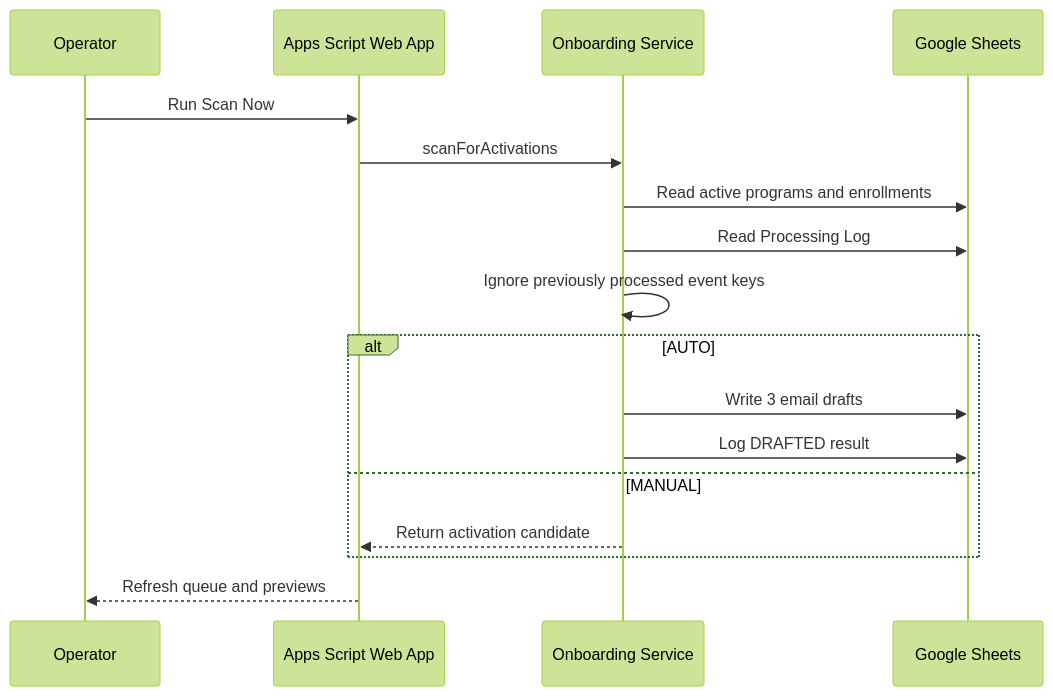
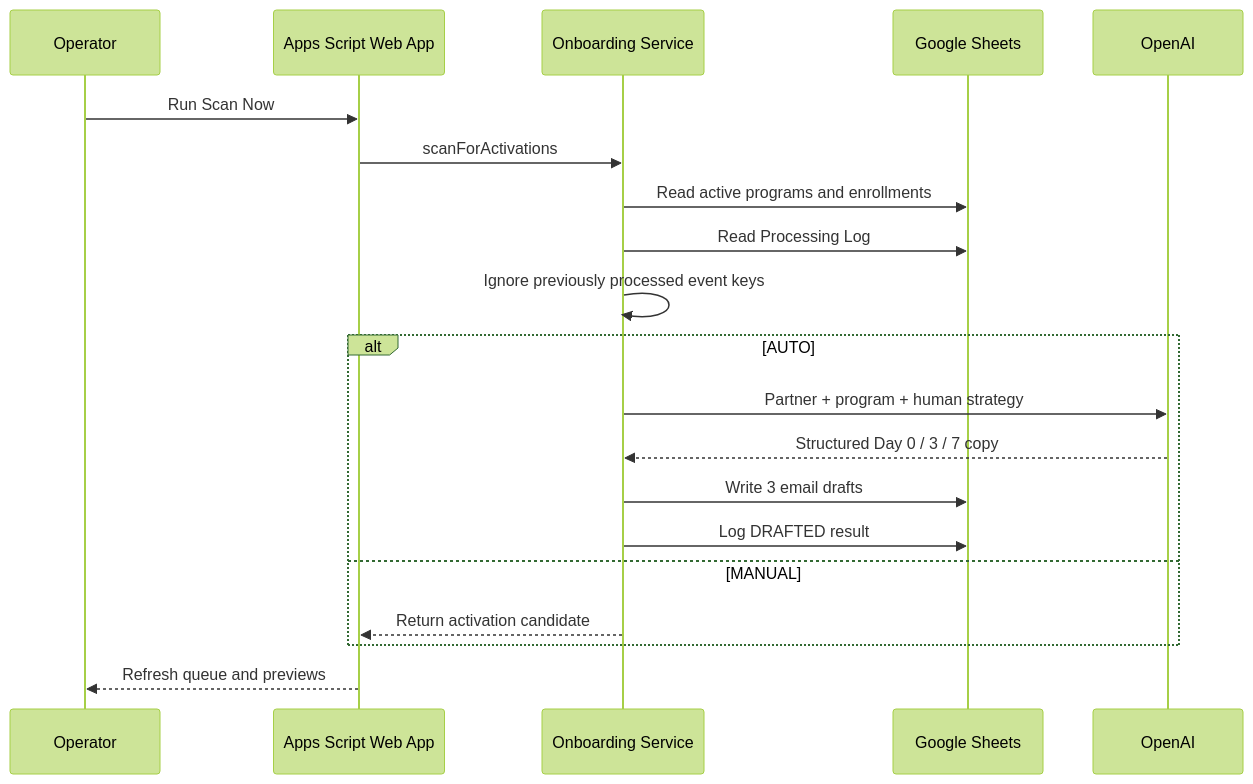
The diagram in docs/architecture.md (gxnevx/partner-onboarding-autopilot), drawn with Mermaid (forest theme) before and after one commit. The commit also changed other lines of this file and 12 other files, not shown here.

Commit message:
Add human-guided OpenAI email generation

````diff
--- a/docs/architecture.md
+++ b/docs/architecture.md
@@ -13,20 +13,23 @@
 ```mermaid
 sequenceDiagram
     participant Operator
     participant WebApp as Apps Script Web App
     participant Scanner as Onboarding Service
     participant Sheets as Google Sheets
+    participant OpenAI
 
     Operator->>WebApp: Run Scan Now
     WebApp->>Scanner: scanForActivations
     Scanner->>Sheets: Read active programs and enrollments
     Scanner->>Sheets: Read Processing Log
     Scanner->>Scanner: Ignore previously processed event keys
     alt AUTO
+        Scanner->>OpenAI: Partner + program + human strategy
+        OpenAI-->>Scanner: Structured Day 0 / 3 / 7 copy
         Scanner->>Sheets: Write 3 email drafts
         Scanner->>Sheets: Log DRAFTED result
     else MANUAL
         Scanner-->>WebApp: Return activation candidate
     end
     WebApp-->>Operator: Refresh queue and previews
 ```
````
